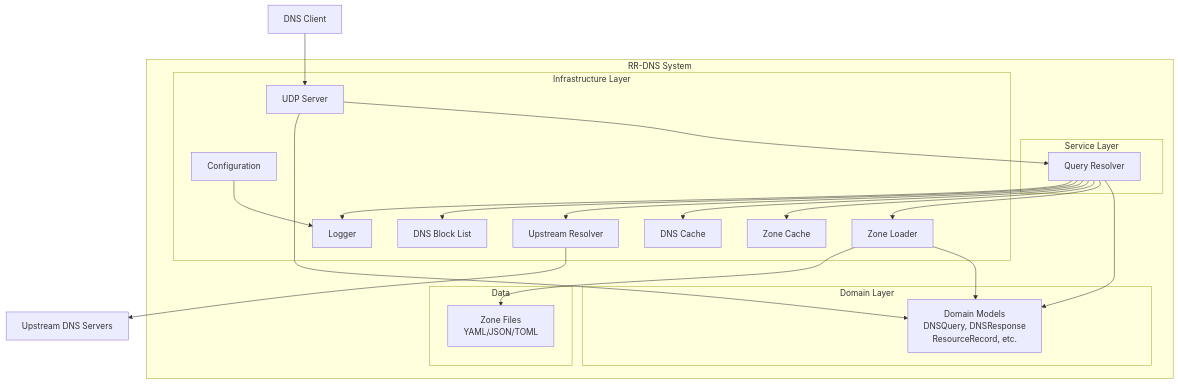
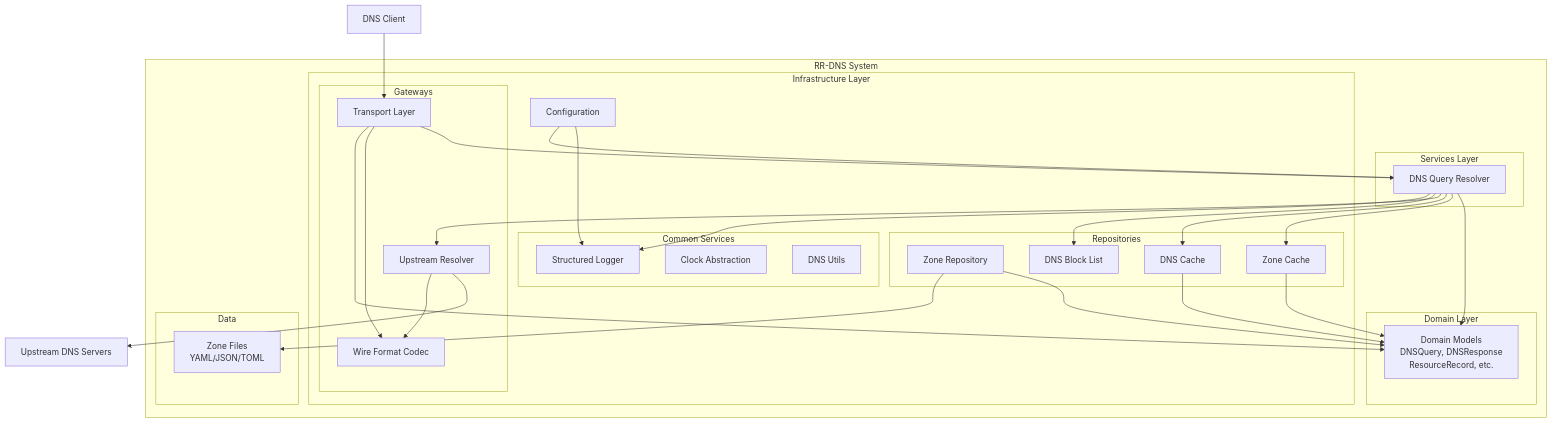
One commit to haukened/rr-dns changed the fourth of 9 diagrams in docs/arc42.md. Above: the diagram before and after it, drawn with Mermaid. The commit also changed other lines of this file and 8 other files, not shown here.

````diff
--- a/docs/arc42.md
+++ b/docs/arc42.md
@@ -110,42 +110,58 @@
 ```mermaid
 graph TD
     subgraph "RR-DNS System"
+        subgraph "Services Layer"
+            Resolver[DNS Query Resolver]
+        end
+        
         subgraph "Domain Layer"
             Domain[Domain Models<br/>DNSQuery, DNSResponse<br/>ResourceRecord, etc.]
         end
         
-        subgraph "Service Layer"
-            Resolver[Query Resolver]
-        end
-        
         subgraph "Infrastructure Layer"
-            UDPServer[UDP Server]
-            ZoneLoader[Zone Loader]
-            ZoneCache[Zone Cache]
-            DNSCache[DNS Cache]
-            UpstreamResolver[Upstream Resolver]
-            BlockList[DNS Block List]
-            Logger[Logger]
+            subgraph "Gateways"
+                UDPServer[Transport Layer]
+                UpstreamResolver[Upstream Resolver]
+                Wire[Wire Format Codec]
+            end
+            
+            subgraph "Repositories"
+                ZoneLoader[Zone Repository]
+                ZoneCache[Zone Cache]
+                DNSCache[DNS Cache]
+                BlockList[DNS Block List]
+            end
+            
+            subgraph "Common Services"
+                Logger[Structured Logger]
+                Clock[Clock Abstraction]
+                Utils[DNS Utils]
+            end
+            
             Config[Configuration]
         end
         
         subgraph "Data"
             ZoneFiles[Zone Files<br/>YAML/JSON/TOML]
         end
     end
     
     Client[DNS Client] --> UDPServer
     UDPServer --> Resolver
     Resolver --> Domain
-    Resolver --> ZoneLoader
     Resolver --> ZoneCache
     Resolver --> DNSCache
     Resolver --> UpstreamResolver
     Resolver --> BlockList
     Resolver --> Logger
     ZoneLoader --> Domain
     ZoneLoader --> ZoneFiles
+    ZoneCache --> Domain
+    DNSCache --> Domain
     UpstreamResolver --> Internet[Upstream DNS Servers]
+    UpstreamResolver --> Wire
+    UDPServer --> Wire
+    UDPServer --> Domain
     Config --> Logger
-    UDPServer --> Domain
+    Config --> Resolver
 ```
````
